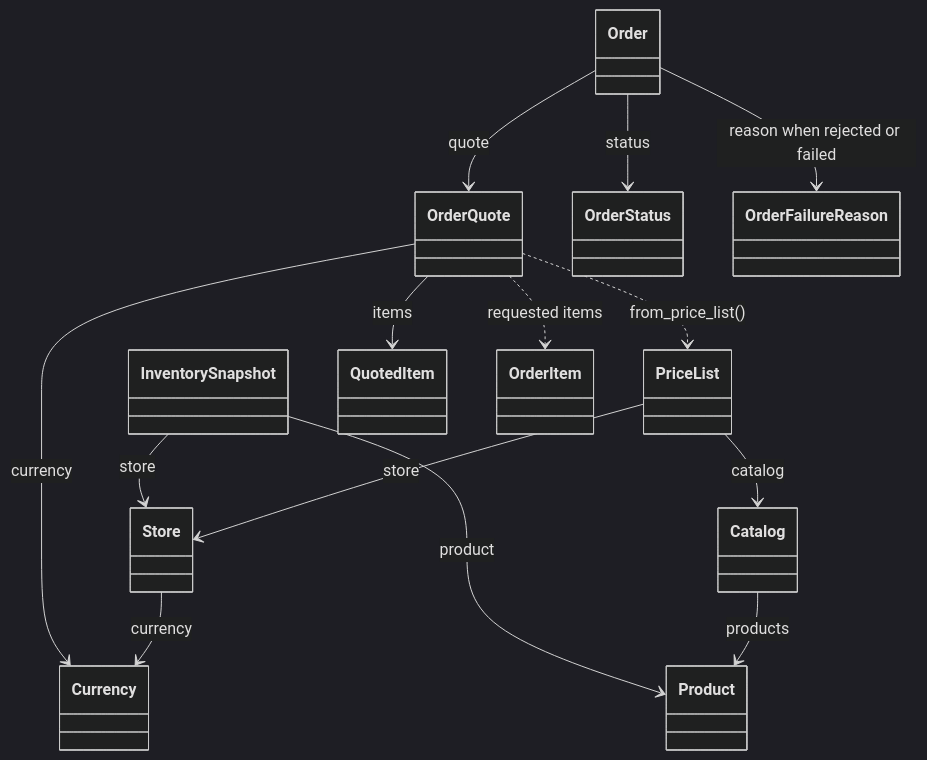
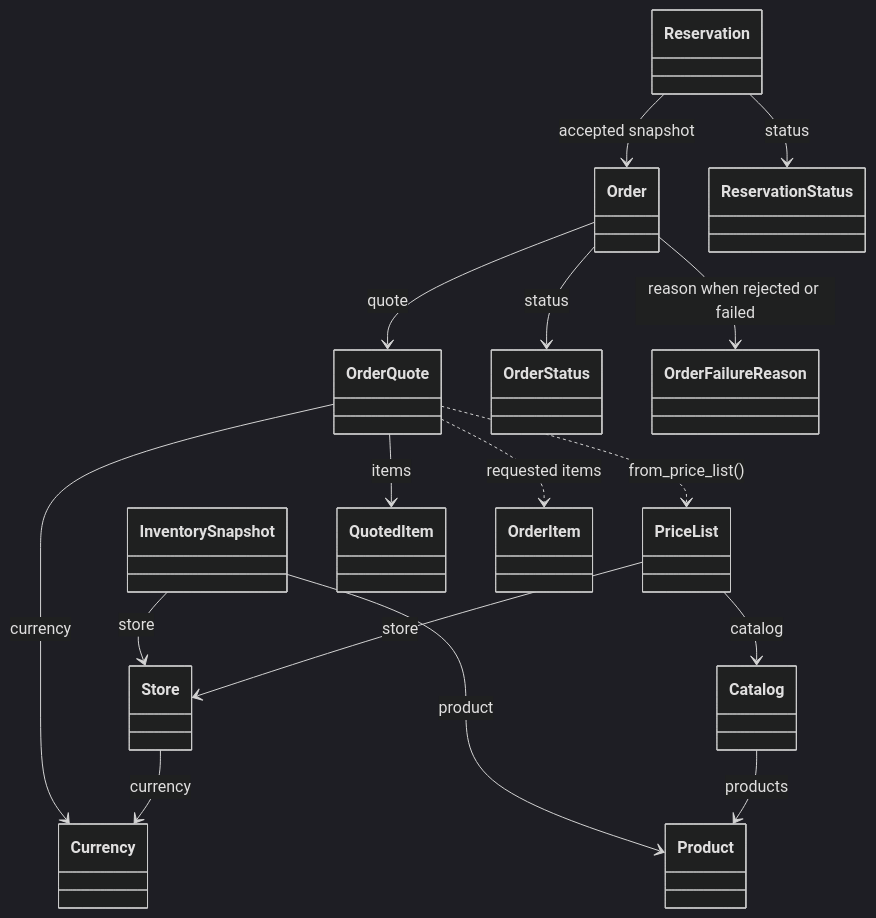
Before and after one commit to thiagogenez/labflow: the first of 3 diagrams in src/labflow/README.md, drawn with Mermaid (dark theme). The commit also changed other lines of this file and 9 other files, not shown here.

Commit message:
feat: add order-linked reservation lifecycle and deadline tests

````diff
--- a/src/labflow/README.md
+++ b/src/labflow/README.md
@@ -20,16 +20,18 @@
 ```mermaid
 classDiagram
     PriceList --> Store : store
     Store --> Currency : currency
     PriceList --> Catalog : catalog
     Catalog --> Product : products
     InventorySnapshot --> Store : store
     InventorySnapshot --> Product : product
+    Reservation --> Order : accepted snapshot
+    Reservation --> ReservationStatus : status
     Order --> OrderQuote : quote
     Order --> OrderStatus : status
     Order --> OrderFailureReason : reason when rejected or failed
     OrderQuote --> QuotedItem : items
     OrderQuote --> Currency : currency
     OrderQuote ..> PriceList : from_price_list()
     OrderQuote ..> OrderItem : requested items
 ```
````
